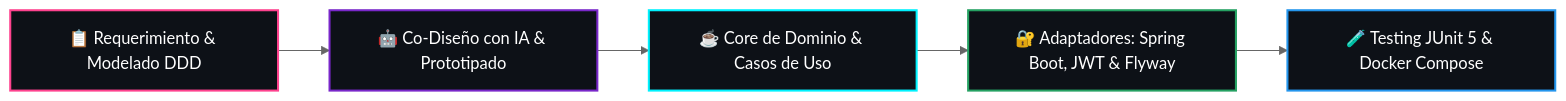
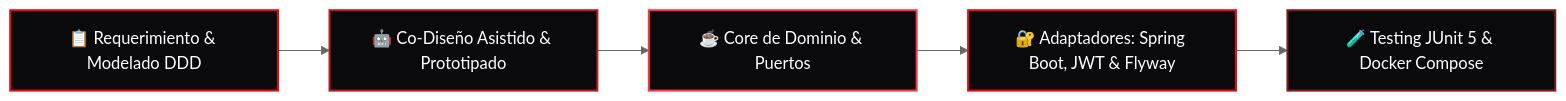
One commit to Leonardo4516/Leonardo4516 changed the diagram in README.md. Above: the diagram before and after it, drawn with Mermaid (neutral theme). The commit also changed other lines of this file and 18 other files, not shown here.

````diff
--- a/README.md
+++ b/README.md
@@ -98,13 +80,13 @@
 ```mermaid
 flowchart LR
-    A[📋 Requerimiento & Modelado DDD] --> B[🤖 Co-Diseño con IA & Prototipado]
-    B --> C[☕ Core de Dominio & Casos de Uso]
-    C --> D[🔐 Adaptadores: Spring Boot, JWT & Flyway]
-    D --> E[🧪 Testing JUnit 5 & Docker Compose]
+    A["📋 Requerimiento & Modelado DDD"] --> B["🤖 Co-Diseño Asistido & Prototipado"]
+    B --> C["☕ Core de Dominio & Puertos"]
+    C --> D["🔐 Adaptadores: Spring Boot, JWT & Flyway"]
+    D --> E["🧪 Testing JUnit 5 & Docker Compose"]
     
-    style A fill:#0d1117,stroke:#fe428e,stroke-width:2px,color:#fff
-    style B fill:#0d1117,stroke:#7928ca,stroke-width:2px,color:#fff
-    style C fill:#0d1117,stroke:#00f2fe,stroke-width:2px,color:#fff
-    style D fill:#0d1117,stroke:#25a162,stroke-width:2px,color:#fff
-    style E fill:#0d1117,stroke:#2496ed,stroke-width:2px,color:#fff
+    style A fill:#0A0A0C,stroke:#E50914,stroke-width:2px,color:#fff
+    style B fill:#0A0A0C,stroke:#B91C1C,stroke-width:2px,color:#fff
+    style C fill:#0A0A0C,stroke:#FF3344,stroke-width:2px,color:#fff
+    style D fill:#0A0A0C,stroke:#E50914,stroke-width:2px,color:#fff
+    style E fill:#0A0A0C,stroke:#7F1D1D,stroke-width:2px,color:#fff
 ```
````
